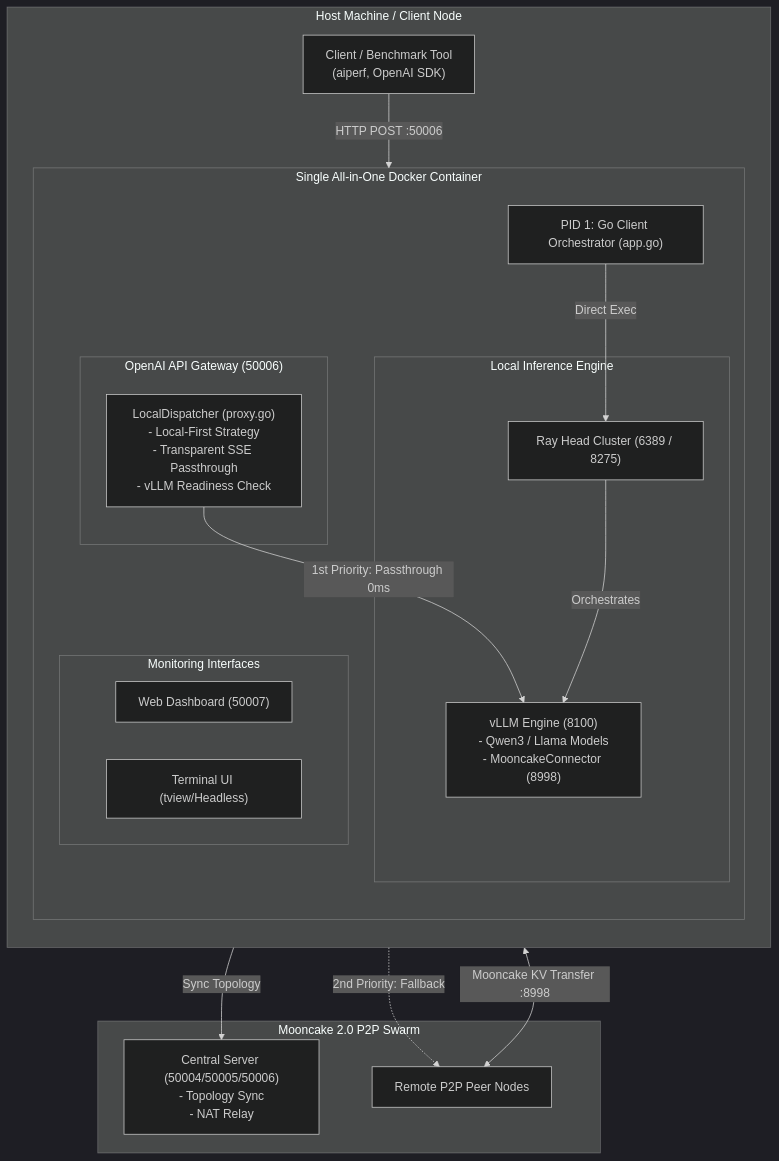
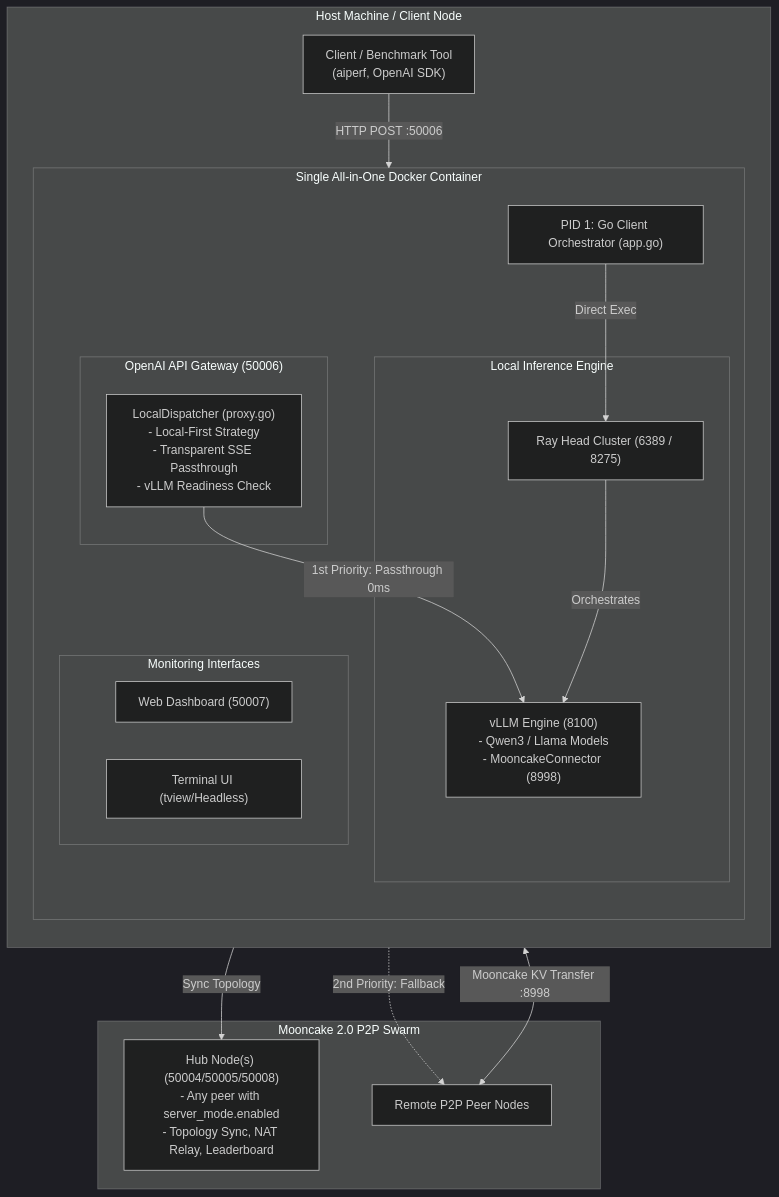
The diagram in README.md (lhu-csie-dclab/yuanyi), drawn with Mermaid (dark theme) before and after one commit. The commit also changed other lines of this file and 14 other files, not shown here.

First line of the commit message:
docs: document hub mode (server_mode) across README and all three doc sets

````diff
--- a/README.md
+++ b/README.md
@@ -48,39 +49,39 @@
 ```mermaid
 flowchart TB
     subgraph ClientHost["Host Machine / Client Node"]
         direction TB
         APICaller["Client / Benchmark Tool\n(aiperf, OpenAI SDK)"]
         
         subgraph Container["Single All-in-One Docker Container"]
             direction TB
             GoAgent["PID 1: Go Client Orchestrator (app.go)"]
             
             subgraph GatewayLayer["OpenAI API Gateway (50006)"]
                 Dispatcher["LocalDispatcher (proxy.go)\n- Local-First Strategy\n- Transparent SSE Passthrough\n- vLLM Readiness Check"]
             end
             
             subgraph EngineLayer["Local Inference Engine"]
                 RayHead["Ray Head Cluster (6389 / 8275)"]
                 VLLM["vLLM Engine (8100)\n- Qwen3 / Llama Models\n- MooncakeConnector (8998)"]
             end
             
             subgraph Dashboards["Monitoring Interfaces"]
                 WebUI["Web Dashboard (50007)"]
                 TUI["Terminal UI (tview/Headless)"]
             end
         end
     end
     
     subgraph Swarm["Mooncake 2.0 P2P Swarm"]
-        CentralServer["Central Server (50004/50005/50006)\n- Topology Sync\n- NAT Relay"]
+        HubNode["Hub Node(s) (50004/50005/50008)\n- Any peer with server_mode.enabled\n- Topology Sync, NAT Relay, Leaderboard"]
         RemotePeer["Remote P2P Peer Nodes"]
     end
     
     APICaller -->|HTTP POST :50006| Dispatcher
     Dispatcher -->|1st Priority: Passthrough 0ms| VLLM
     Dispatcher -.->|2nd Priority: Fallback| RemotePeer
     GoAgent -->|Direct Exec| RayHead
     RayHead -->|Orchestrates| VLLM
-    GoAgent -->|Sync Topology| CentralServer
+    GoAgent -->|Sync Topology| HubNode
     VLLM <-->|Mooncake KV Transfer :8998| RemotePeer
 ```
````
